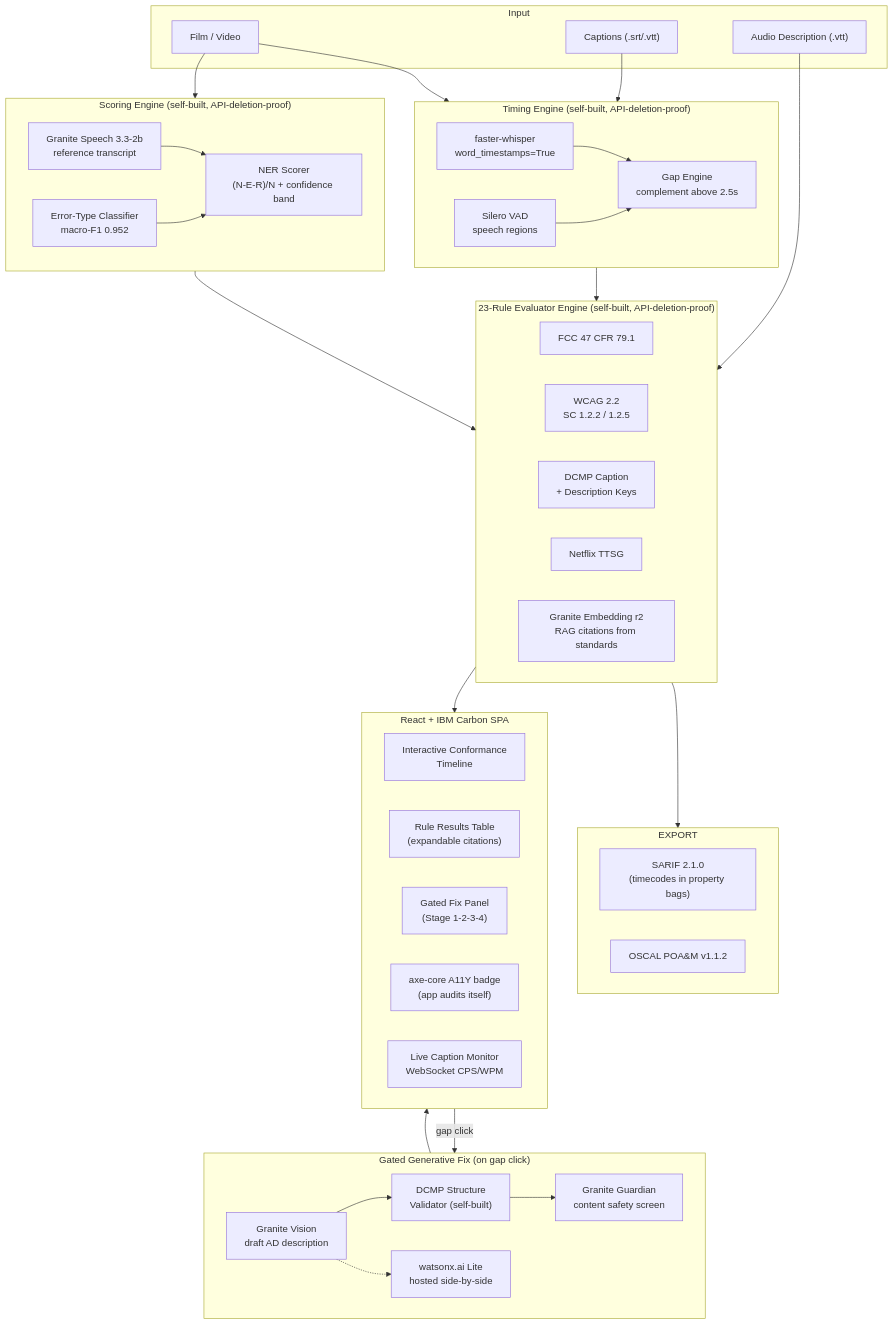
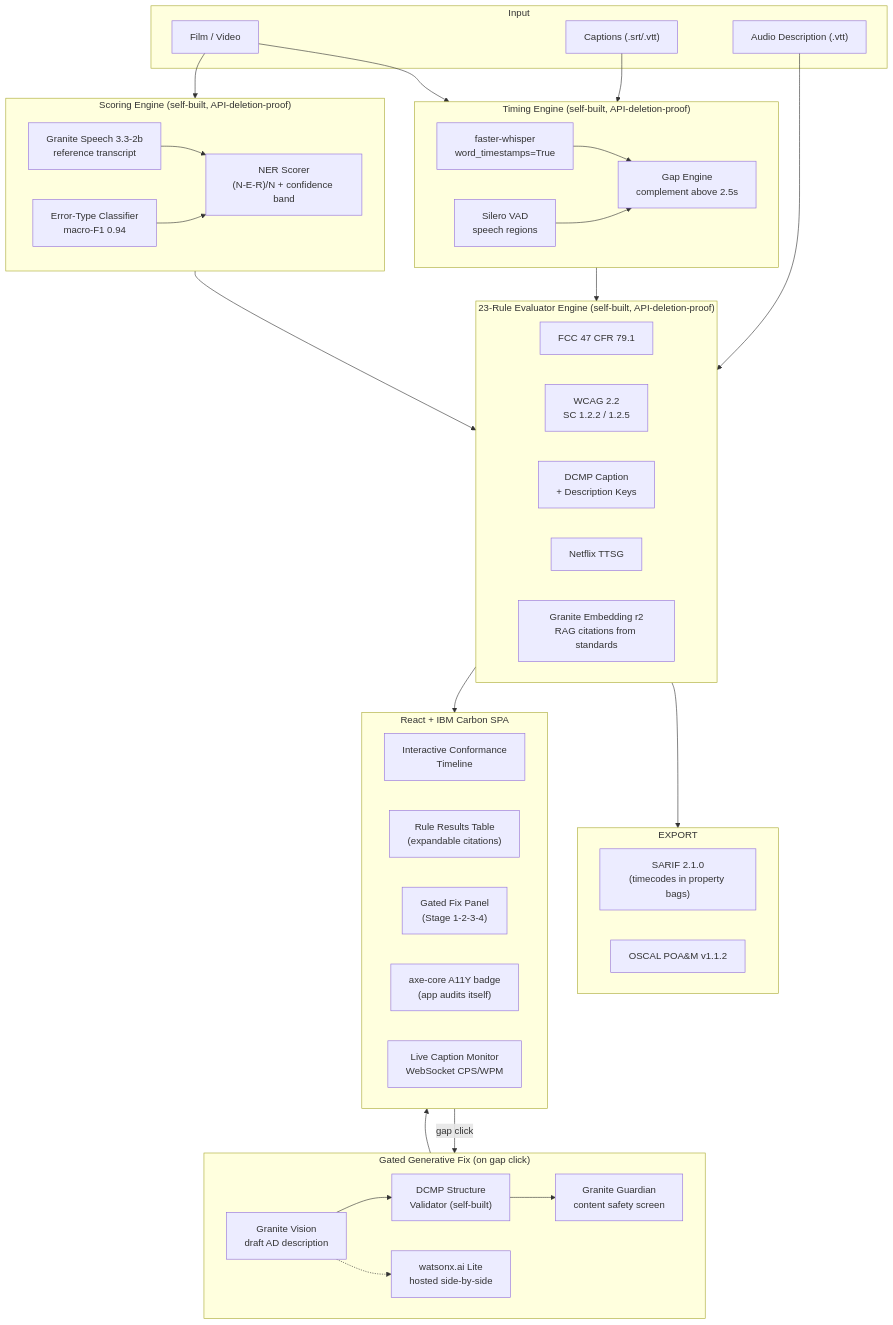
The diagram in README.md (StephenSook/accessgate), drawn with Mermaid before and after one commit. The commit also changed other lines of this file and 3 other files, not shown here.

````diff
--- a/README.md
+++ b/README.md
@@ -63,69 +63,69 @@
 ```mermaid
 flowchart TB
     subgraph Input
         F["Film / Video"]
         CAP["Captions (.srt/.vtt)"]
         AD["Audio Description (.vtt)"]
     end
 
     subgraph TIMING["Timing Engine (self-built, API-deletion-proof)"]
         direction LR
         FW["faster-whisper\nword_timestamps=True"]
         VAD["Silero VAD\nspeech regions"]
         GAP["Gap Engine\ncomplement above 2.5s"]
         FW --> GAP
         VAD --> GAP
     end
 
     subgraph SCORE["Scoring Engine (self-built, API-deletion-proof)"]
         direction LR
         GS["Granite Speech 3.3-2b\nreference transcript"]
         NER["NER Scorer\n(N-E-R)/N + confidence band"]
-        CLS["Error-Type Classifier\nmacro-F1 0.952"]
+        CLS["Error-Type Classifier\nmacro-F1 0.94"]
         GS --> NER
         CLS --> NER
     end
 
     subgraph RULES["23-Rule Evaluator Engine (self-built, API-deletion-proof)"]
         direction LR
         FCC["FCC 47 CFR 79.1"]
         WCAG["WCAG 2.2\nSC 1.2.2 / 1.2.5"]
         DCMP["DCMP Caption\n+ Description Keys"]
         NFLX["Netflix TTSG"]
         RAG["Granite Embedding r2\nRAG citations from standards"]
     end
 
     subgraph EXPORT
         SARIF["SARIF 2.1.0\n(timecodes in property bags)"]
         OSCAL["OSCAL POA&M v1.1.2"]
     end
 
     subgraph GENFIX["Gated Generative Fix (on gap click)"]
         direction LR
         GV["Granite Vision\ndraft AD description"]
         DCMPV["DCMP Structure\nValidator (self-built)"]
         GG["Granite Guardian\ncontent safety screen"]
         WX["watsonx.ai Lite\nhosted side-by-side"]
         GV --> DCMPV --> GG
         GV -.-> WX
     end
 
     subgraph UI["React + IBM Carbon SPA"]
         TL["Interactive Conformance\nTimeline"]
         TBL["Rule Results Table\n(expandable citations)"]
         PANEL["Gated Fix Panel\n(Stage 1-2-3-4)"]
         AXE["axe-core A11Y badge\n(app audits itself)"]
         LIVE["Live Caption Monitor\nWebSocket CPS/WPM"]
     end
 
     F --> TIMING
     CAP --> TIMING
     F --> SCORE
     TIMING --> RULES
     SCORE --> RULES
     AD --> RULES
     RULES --> EXPORT
     RULES --> UI
     UI -->|gap click| GENFIX
     GENFIX --> UI
 ```
````
